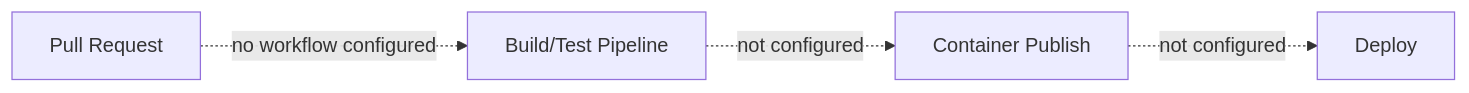
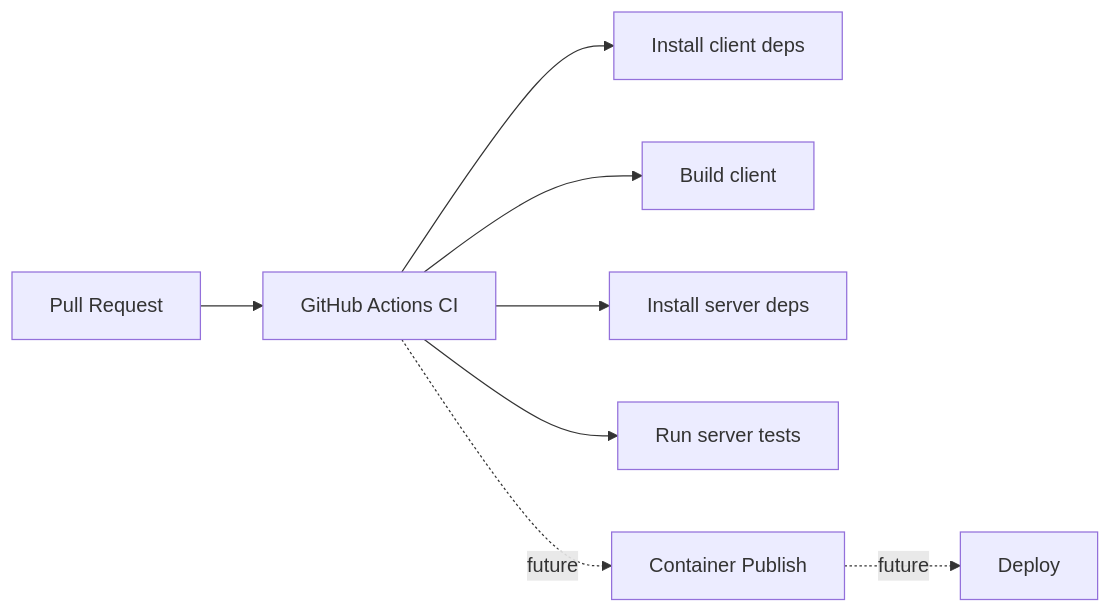
Before and after one commit to trishna0049/collab-editor: diagram 12 of 16 in README.md, drawn with Mermaid. The commit also changed other lines of this file, not shown here.

````diff
--- a/README.md
+++ b/README.md
@@ -185,6 +229,10 @@
 ```mermaid
 flowchart LR
-        PR[Pull Request] -. no workflow configured .-> CI[Build/Test Pipeline]
-        CI -. not configured .-> IMG[Container Publish]
-        IMG -. not configured .-> DEP[Deploy]
+        PR[Pull Request] --> CI[GitHub Actions CI]
+        CI --> B1[Install client deps]
+        CI --> B2[Build client]
+        CI --> B3[Install server deps]
+        CI --> B4[Run server tests]
+        CI -. future .-> IMG[Container Publish]
+        IMG -. future .-> DEP[Deploy]
 ```
````
